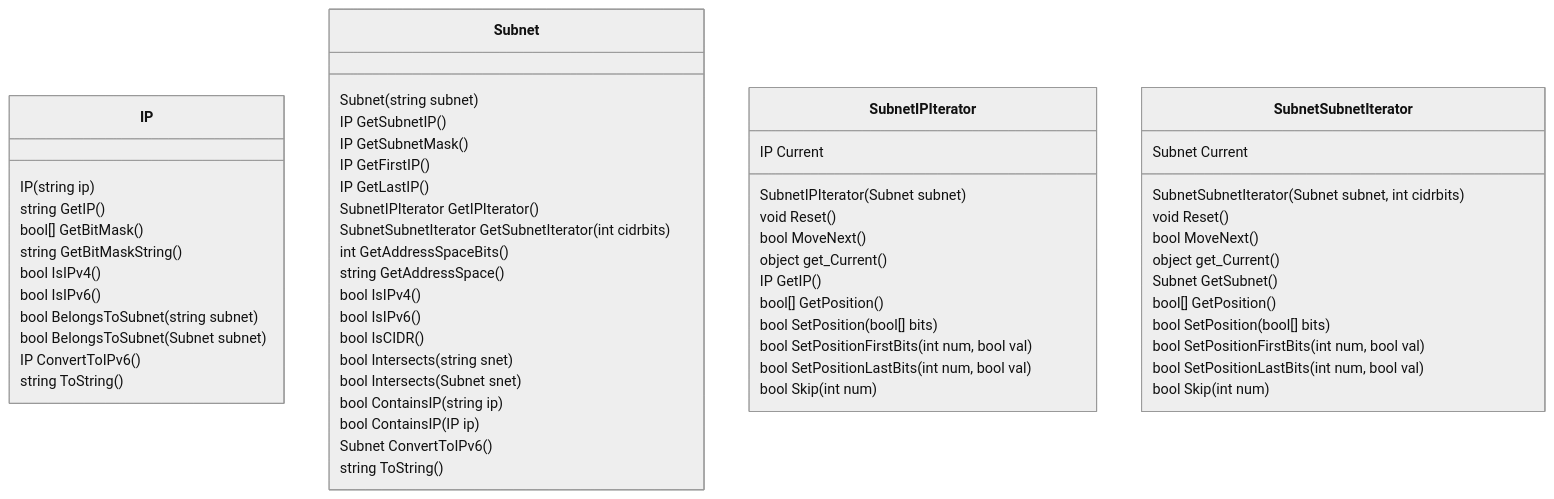
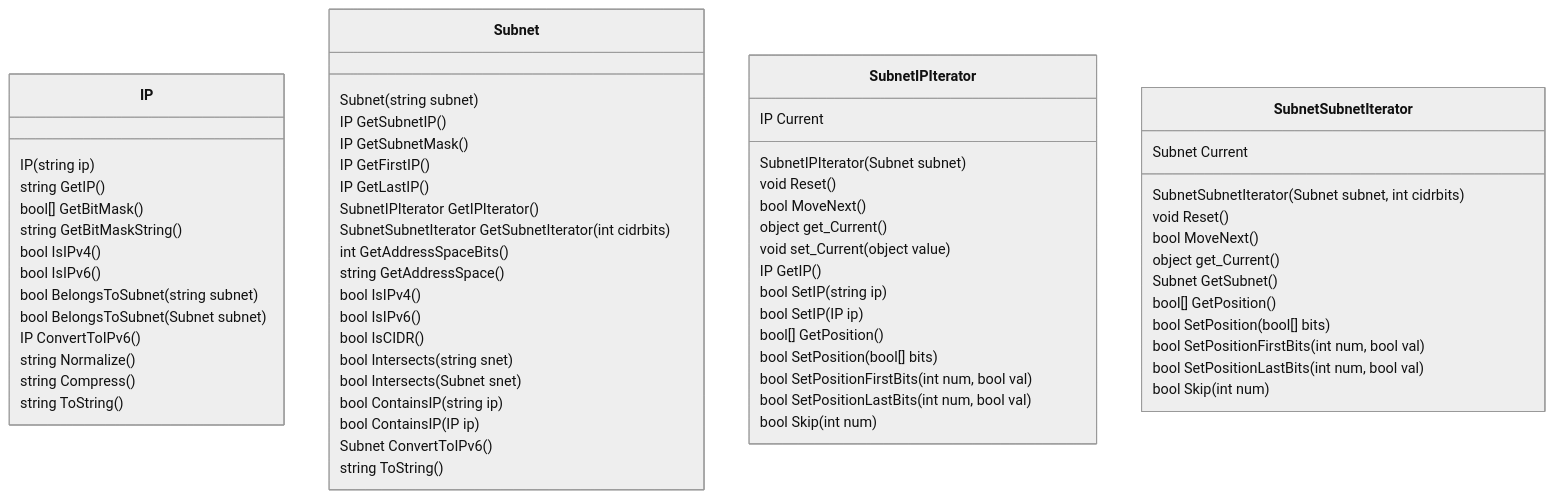
The diagram in README.md (qxsch/powershell-ipnet), drawn with Mermaid (neutral theme) before and after one commit. The commit also changed other lines of this file and 2 other files, not shown here.

Commit message:
added compression, normalization, positioning, more cmdlets

````diff
--- a/README.md
+++ b/README.md
@@ -12,64 +14,69 @@
 ```mermaid
 classDiagram
     class IP{
         IP(string ip)
         string GetIP()
         bool[] GetBitMask()
         string GetBitMaskString()
         bool IsIPv4()
         bool IsIPv6()
         bool BelongsToSubnet(string subnet)
         bool BelongsToSubnet(Subnet subnet)
         IP ConvertToIPv6()
+        string Normalize()
+        string Compress()
         string ToString()
     }
 
     class Subnet {
         Subnet(string subnet)
         IP GetSubnetIP()
         IP GetSubnetMask()
         IP GetFirstIP()
         IP GetLastIP()
         SubnetIPIterator GetIPIterator()
         SubnetSubnetIterator GetSubnetIterator(int cidrbits)
         int GetAddressSpaceBits()
         string GetAddressSpace()
         bool IsIPv4()
         bool IsIPv6()
         bool IsCIDR()
         bool Intersects(string snet)
         bool Intersects(Subnet snet)
         bool ContainsIP(string ip)
         bool ContainsIP(IP ip)
         Subnet ConvertToIPv6()
         string ToString()
     }
 
     class SubnetIPIterator {
         IP Current
         SubnetIPIterator(Subnet subnet)
         void Reset()
         bool MoveNext()
         object get_Current()
+        void set_Current(object value)
         IP GetIP()
+        bool SetIP(string ip)
+        bool SetIP(IP ip)
         bool[] GetPosition()
         bool SetPosition(bool[] bits)
         bool SetPositionFirstBits(int num, bool val)
         bool SetPositionLastBits(int num, bool val)
         bool Skip(int num)
     }
 
     class SubnetSubnetIterator {
         Subnet Current
         SubnetSubnetIterator(Subnet subnet, int cidrbits)
         void Reset()
         bool MoveNext()
         object get_Current()
         Subnet GetSubnet()
         bool[] GetPosition()
         bool SetPosition(bool[] bits)
         bool SetPositionFirstBits(int num, bool val)
         bool SetPositionLastBits(int num, bool val)
         bool Skip(int num)
     }
 ```
````
